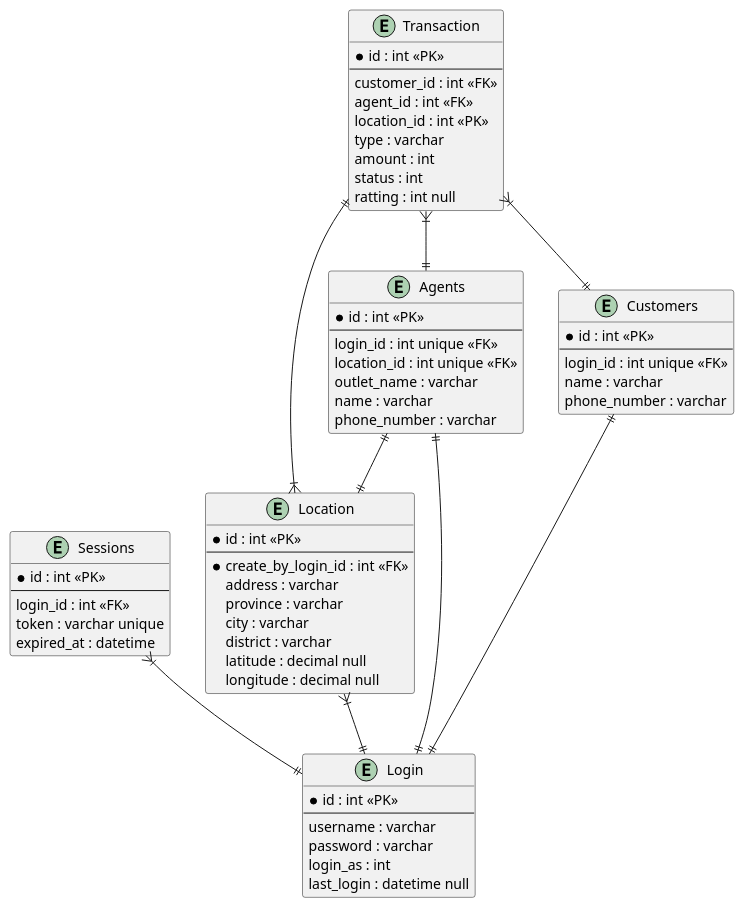
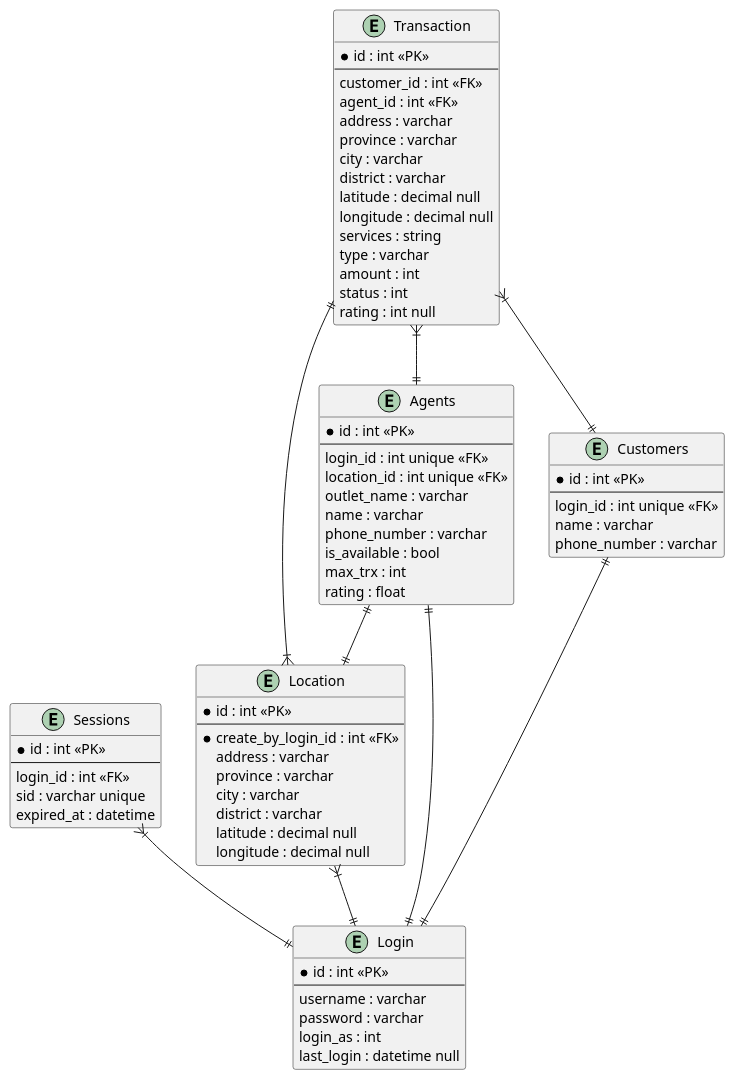
Before and after one commit to masdikaid/backend-antar-jemput-bank-service-golang-rakamin: the diagram in documentation/entity.plantuml, drawn with PlantUML.

Commit message:
update entities field

```diff
--- a/documentation/entity.plantuml
+++ b/documentation/entity.plantuml
@@ -1,70 +1,79 @@
 @startuml entities
 
 entity Login {
     *id : int <<PK>>
     --
     username : varchar
     password : varchar
     login_as : int
     last_login : datetime null
 }
 
 entity Sessions {
     *id : int <<PK>>
     --
     login_id : int <<FK>>
-    token : varchar unique
+    sid : varchar unique
     expired_at : datetime
 }
 
 entity Customers {
     *id : int <<PK>>
     --
     login_id : int unique <<FK>>
     name : varchar
     phone_number : varchar
 }
 
 entity Agents {
     *id : int <<PK>>
     --
     login_id : int unique <<FK>>
     location_id : int unique <<FK>>
     outlet_name : varchar
     name : varchar
     phone_number : varchar
+    is_available : bool
+    max_trx : int
+    rating : float
 }
 
 entity Location {
     *id : int <<PK>>
     --
     *create_by_login_id : int <<FK>>
     address : varchar
     province : varchar
     city : varchar
     district : varchar
     latitude : decimal null
     longitude : decimal null
 }
 
 entity Transaction {
     *id : int <<PK>>
     --
     customer_id : int <<FK>>
     agent_id : int <<FK>>
-    location_id : int <<PK>>
+    address : varchar
+    province : varchar
+    city : varchar
+    district : varchar
+    latitude : decimal null
+    longitude : decimal null
+    services : string
     type : varchar
     amount : int
     status : int
-    ratting : int null
+    rating : int null
 }
 
 Sessions }|--|| Login
 Customers ||--|| Login
 Agents ||--|| Login
 Agents ||--|| Location
 Location }|--|| Login
 Location }|--|| Transaction
 Transaction }|--|| Agents
 Transaction }|--|| Customers
 @enduml
```
